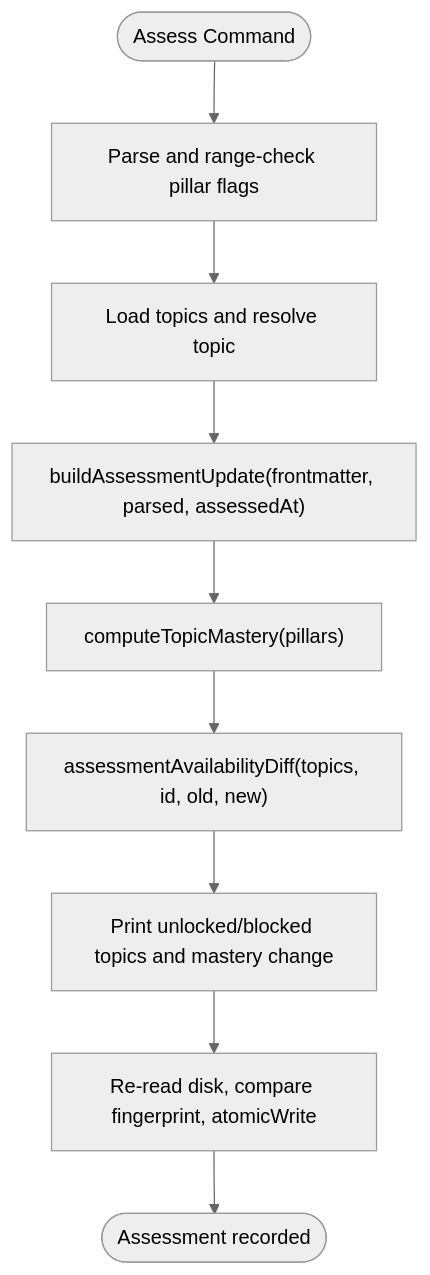
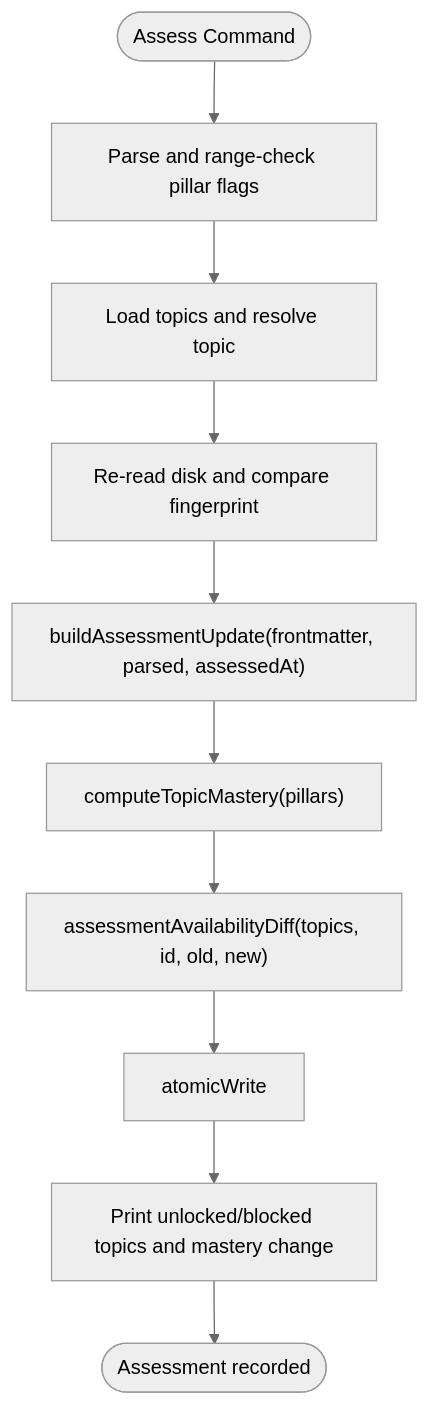
One commit to Kuldeep2822k/palee-architecture changed the fifth of 10 diagrams in Architecture Overview/Data Flow and State Management.md. Above: the diagram before and after it, drawn with Mermaid (neutral theme). The commit also changed other lines of this file and 76 other files, not shown here.

````diff
--- a/Architecture Overview/Data Flow and State Management.md
+++ b/Architecture Overview/Data Flow and State Management.md
@@ -273,11 +208,12 @@
 ```mermaid
 flowchart TD
     Start(["Assess Command"]) --> ParsePillars["Parse and range-check pillar flags"]
     ParsePillars --> LoadTopics["Load topics and resolve topic"]
-    LoadTopics --> BuildAssessment["buildAssessmentUpdate(frontmatter, parsed, assessedAt)"]
+    LoadTopics --> ReRead["Re-read disk and compare fingerprint"]
+    ReRead --> BuildAssessment["buildAssessmentUpdate(frontmatter, parsed, assessedAt)"]
     BuildAssessment --> Mastery["computeTopicMastery(pillars)"]
     Mastery --> AvailabilityDiff["assessmentAvailabilityDiff(topics, id, old, new)"]
-    AvailabilityDiff --> CLIOutput["Print unlocked/blocked topics and mastery change"]
-    CLIOutput --> OCCWrite["Re-read disk, compare fingerprint, atomicWrite"]
-    OCCWrite --> End(["Assessment recorded"])
+    AvailabilityDiff --> OCCWrite["atomicWrite"]
+    OCCWrite --> CLIOutput["Print unlocked/blocked topics and mastery change"]
+    CLIOutput --> End(["Assessment recorded"])
 ```
````
